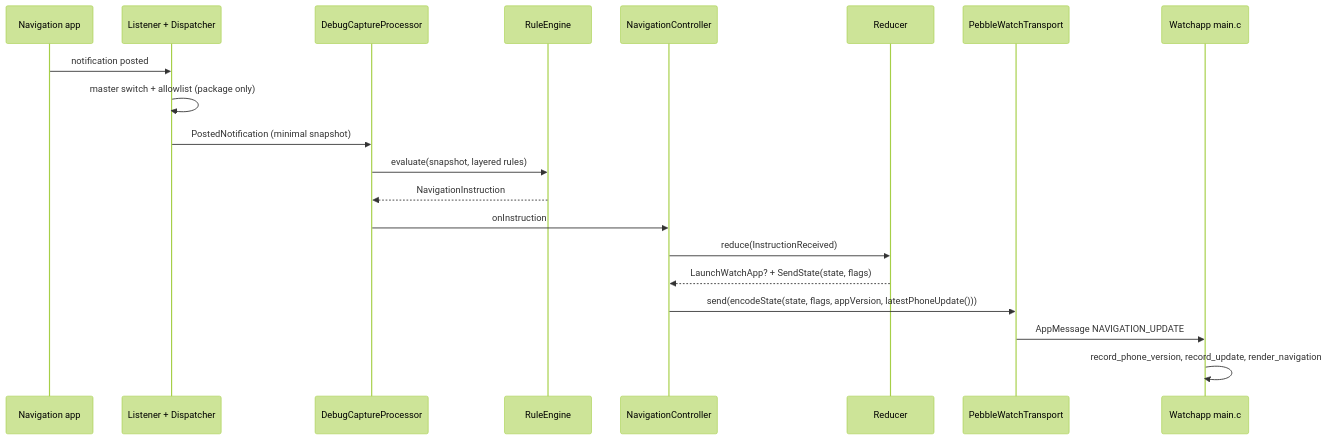
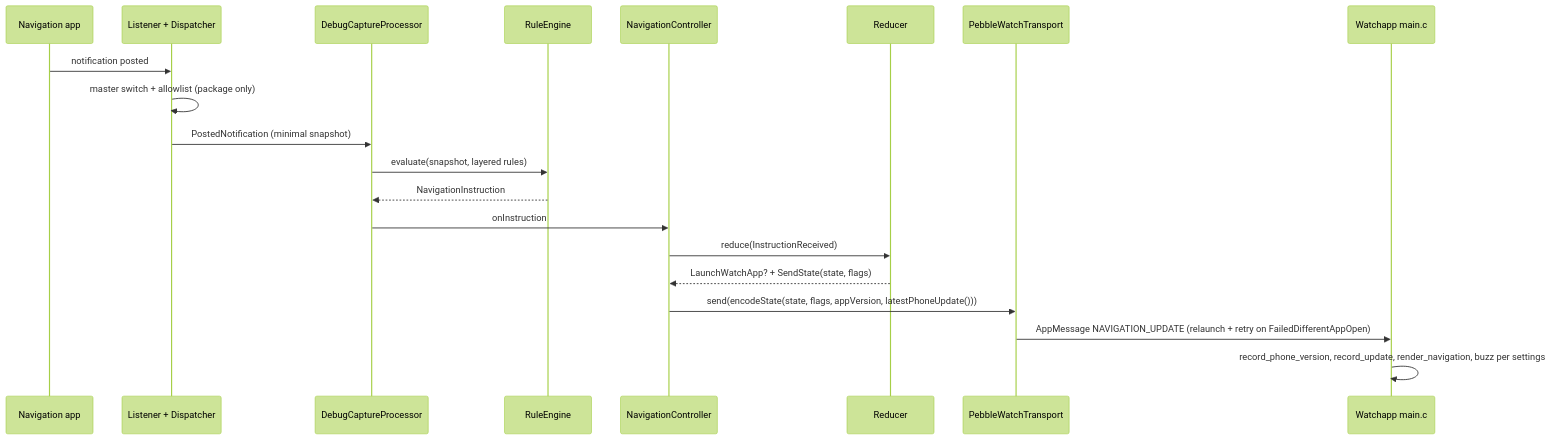
The ninth of 12 diagrams in aidlc/spaces/default/codekb/PebbleNTN/architecture.md (optio/PebbleNTN), drawn with Mermaid (forest theme) before and after one commit. The commit also changed other lines of this file and 101 other files, not shown here.

````diff
--- a/aidlc/spaces/default/codekb/PebbleNTN/architecture.md
+++ b/aidlc/spaces/default/codekb/PebbleNTN/architecture.md
@@ -291,22 +283,22 @@
 ```mermaid
 sequenceDiagram
   participant NA as Navigation app
   participant L as Listener + Dispatcher
   participant P as DebugCaptureProcessor
   participant E as RuleEngine
   participant C as NavigationController
   participant R as Reducer
   participant T as PebbleWatchTransport
   participant W as Watchapp main.c
   NA->>L: notification posted
   L->>L: master switch + allowlist (package only)
   L->>P: PostedNotification (minimal snapshot)
   P->>E: evaluate(snapshot, layered rules)
   E-->>P: NavigationInstruction
   P->>C: onInstruction
   C->>R: reduce(InstructionReceived)
   R-->>C: LaunchWatchApp? + SendState(state, flags)
   C->>T: send(encodeState(state, flags, appVersion, latestPhoneUpdate()))
-  T->>W: AppMessage NAVIGATION_UPDATE
-  W->>W: record_phone_version, record_update, render_navigation
+  T->>W: AppMessage NAVIGATION_UPDATE (relaunch + retry on FailedDifferentAppOpen)
+  W->>W: record_phone_version, record_update, render_navigation, buzz per settings
 ```
````
